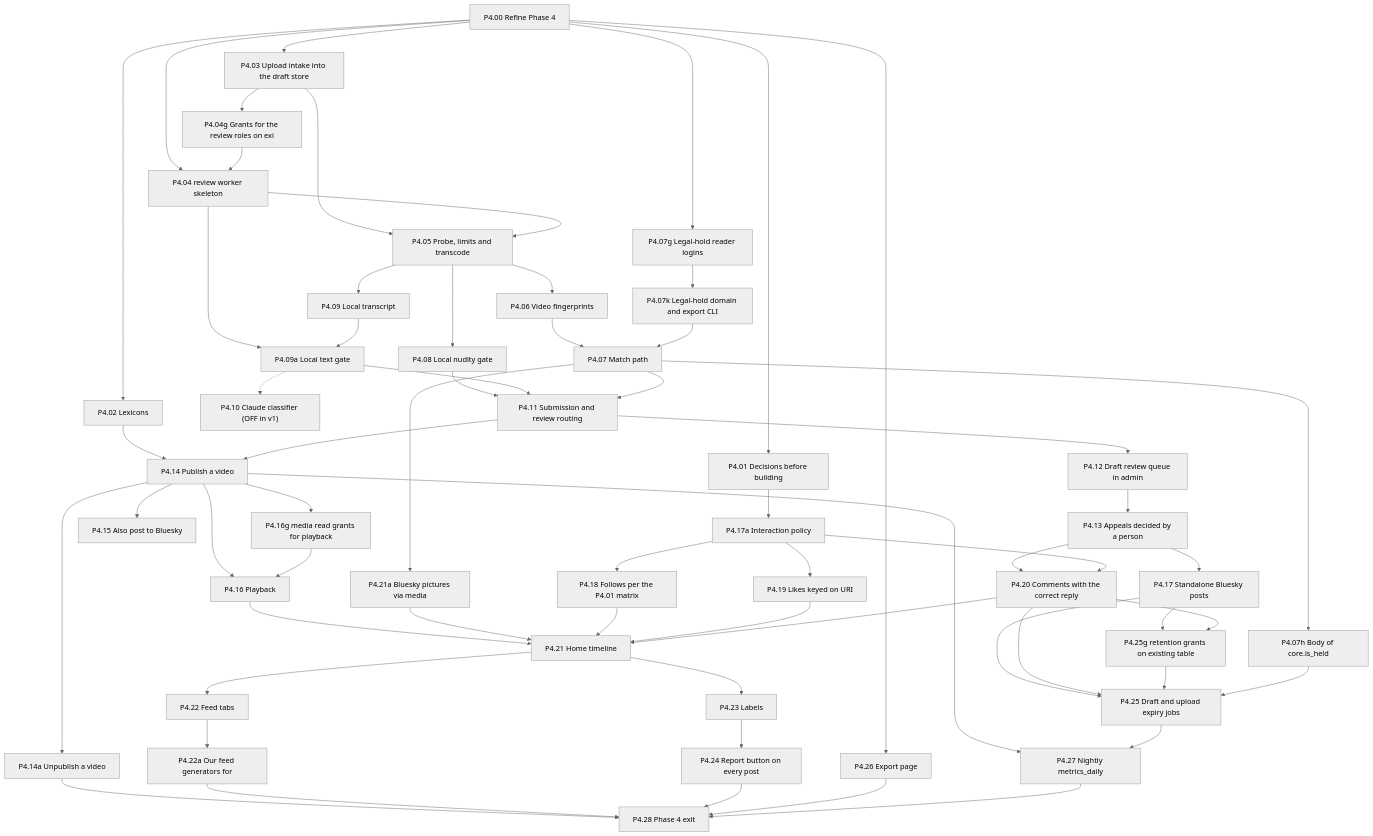
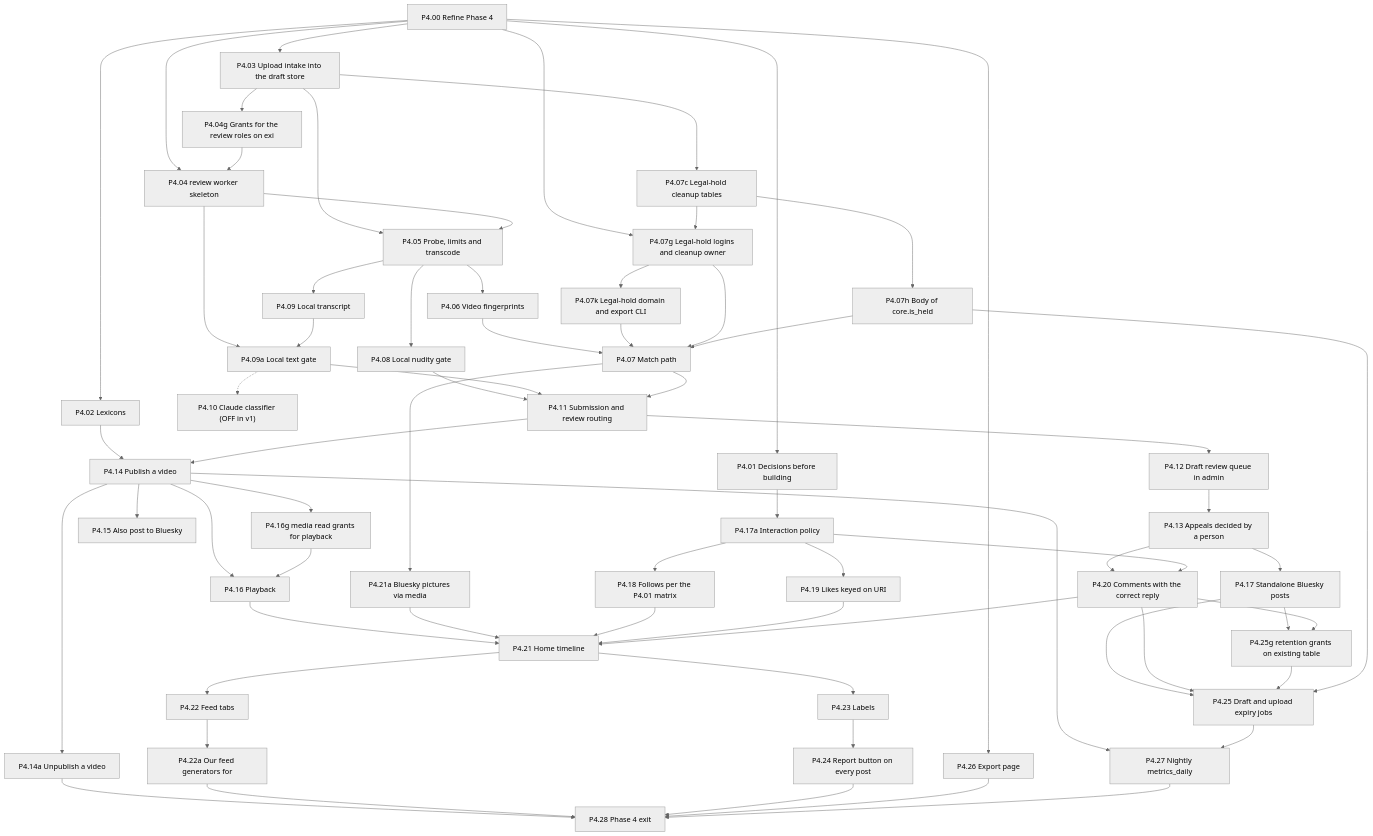
The seventh of 11 diagrams in docs/ai/book/01-outline.md (Undefined6799/unset), drawn with Mermaid (neutral theme) before and after one commit. The commit also changed other lines of this file and 2 other files, not shown here.

First line of the commit message:
P0.09 Split the legal-hold cleanup out of P4.07

````diff
--- a/docs/ai/book/01-outline.md
+++ b/docs/ai/book/01-outline.md
@@ -1476,7 +1477,8 @@
   P4_06["P4.06 Video fingerprints"]
   P4_07["P4.07 Match path"]
   P4_07h["P4.07h Body of core.is_held"]
-  P4_07g["P4.07g Legal-hold reader logins"]
+  P4_07c["P4.07c Legal-hold cleanup tables"]
+  P4_07g["P4.07g Legal-hold logins and cleanup owner"]
   P4_07k["P4.07k Legal-hold domain and export CLI"]
   P4_08["P4.08 Local nudity gate"]
   P4_09["P4.09 Local transcript"]
@@ -1565,6 +1567,10 @@
   P4_25g --> P4_25
   P4_07g --> P4_07k
   P4_07k --> P4_07
-  P4_07 --> P4_07h
+  P4_03 --> P4_07c
+  P4_07c --> P4_07g
+  P4_07c --> P4_07h
+  P4_07g --> P4_07
+  P4_07h --> P4_07
   P4_07h --> P4_25
 ```
````
